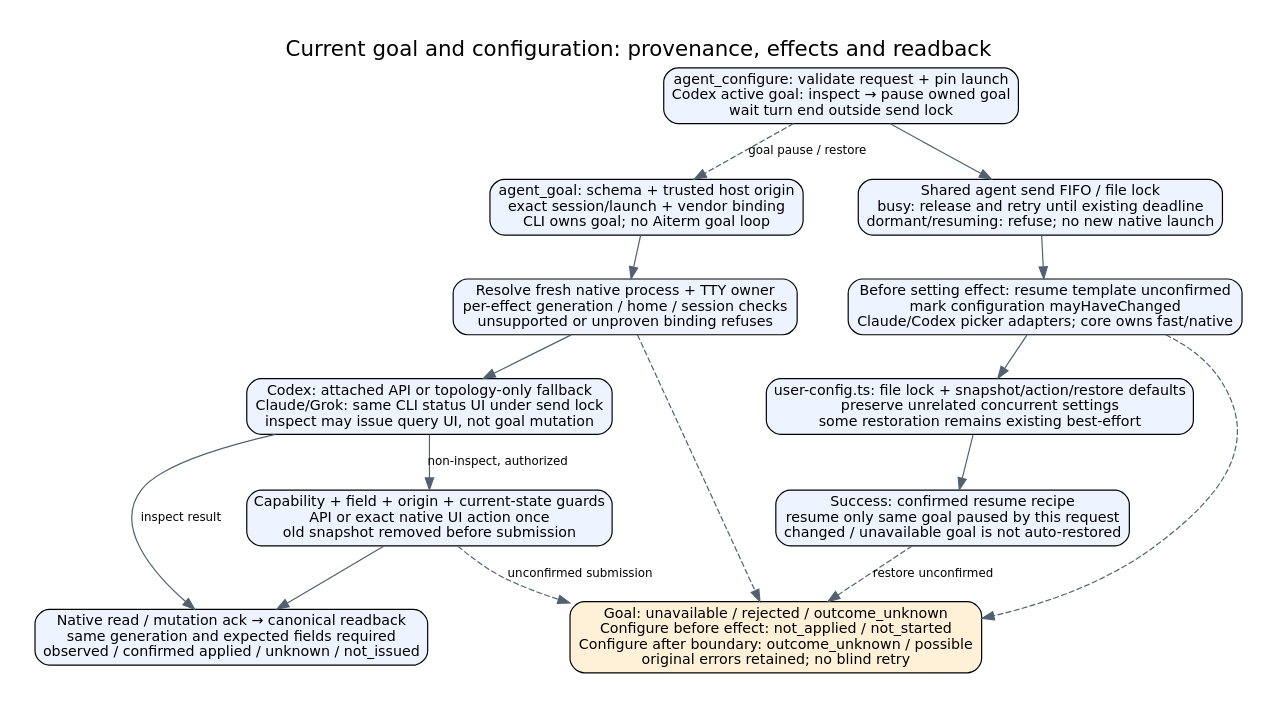
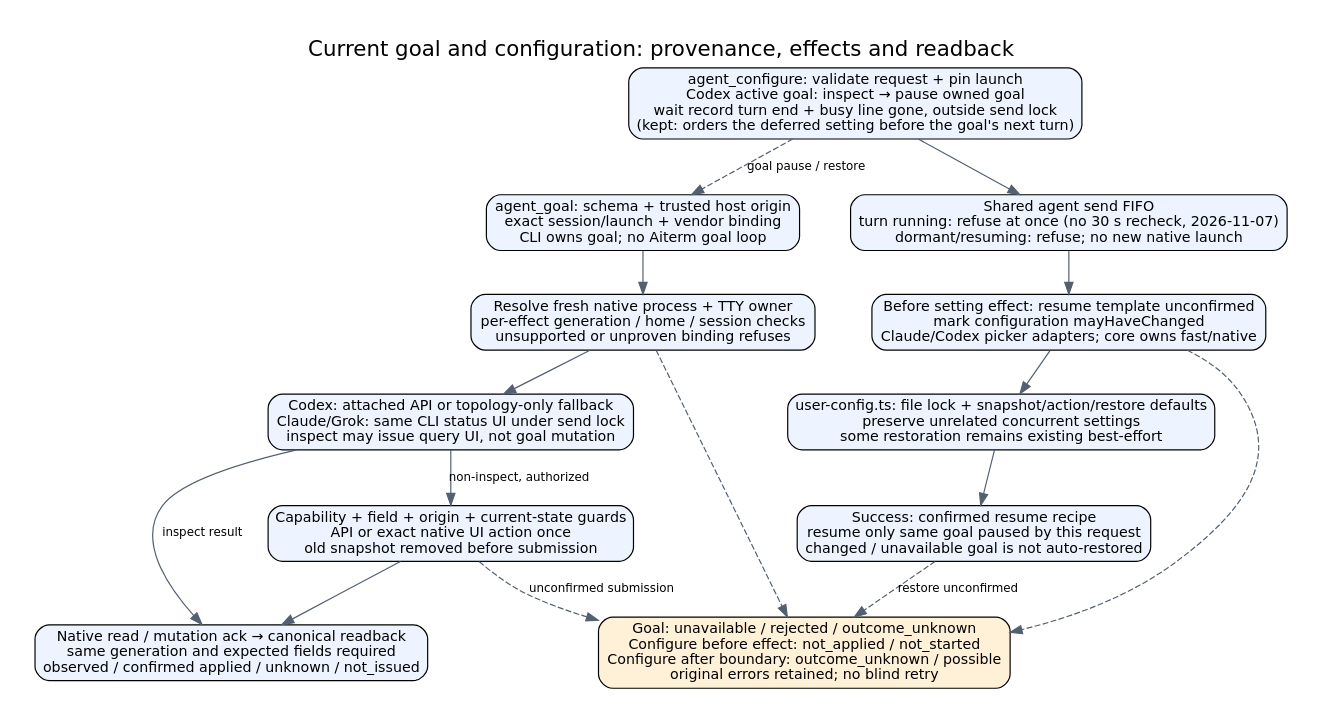
One commit to kitepon/aiterm-mcp changed the diagram in docs/architecture/goal-configuration.dot. Above: the diagram before and after it, drawn with Graphviz. The commit also changed 8 other files, not shown here.

First line of the commit message:
Drop the 30-second configure recheck that held steer behind it

```diff
--- a/docs/architecture/goal-configuration.dot
+++ b/docs/architecture/goal-configuration.dot
@@ -1,19 +1,19 @@
 digraph configuration {
  graph [rankdir=TB,bgcolor="white",pad=0.3,nodesep=0.6,ranksep=0.5,label="Current goal and configuration: provenance, effects and readback",labelloc=t,fontname="DejaVu Sans",fontsize=18];
  node [shape=box,style="rounded,filled",fillcolor="#edf4ff",fontname="DejaVu Sans",fontsize=12];
  edge [fontname="DejaVu Sans",fontsize=10,color="#536070"];
  goal [label="agent_goal: schema + trusted host origin\nexact session/launch + vendor binding\nCLI owns goal; no Aiterm goal loop"];
  target [label="Resolve fresh native process + TTY owner\nper-effect generation / home / session checks\nunsupported or unproven binding refuses"];
  read [label="Codex: attached API or topology-only fallback\nClaude/Grok: same CLI status UI under send lock\ninspect may issue query UI, not goal mutation"];
  mutate [label="Capability + field + origin + current-state guards\nAPI or exact native UI action once\nold snapshot removed before submission"];
  readback [label="Native read / mutation ack → canonical readback\nsame generation and expected fields required\nobserved / confirmed applied / unknown / not_issued"];
- config [label="agent_configure: validate request + pin launch\nCodex active goal: inspect → pause owned goal\nwait turn end outside send lock"];
- lock [label="Shared agent send FIFO / file lock\nbusy: release and retry until existing deadline\ndormant/resuming: refuse; no new native launch"];
+ config [label="agent_configure: validate request + pin launch\nCodex active goal: inspect → pause owned goal\nwait record turn end + busy line gone, outside send lock\n(kept: orders the deferred setting before the goal's next turn)"];
+ lock [label="Shared agent send FIFO\nturn running: refuse at once (no 30 s recheck, 2026-11-07)\ndormant/resuming: refuse; no new native launch"];
  before [label="Before setting effect: resume template unconfirmed\nmark configuration mayHaveChanged\nClaude/Codex picker adapters; core owns fast/native"];
  defaults [label="user-config.ts: file lock + snapshot/action/restore defaults\npreserve unrelated concurrent settings\nsome restoration remains existing best-effort"];
  restore [label="Success: confirmed resume recipe\nresume only same goal paused by this request\nchanged / unavailable goal is not auto-restored"];
  fail [label="Goal: unavailable / rejected / outcome_unknown\nConfigure before effect: not_applied / not_started\nConfigure after boundary: outcome_unknown / possible\noriginal errors retained; no blind retry",fillcolor="#fff0d8"];
  goal -> target;target -> read;read -> mutate [label="non-inspect, authorized"];mutate -> readback;read -> readback [label="inspect result"];
  config -> lock;lock -> before;before -> defaults;defaults -> restore;
  config -> goal [style=dashed,label="goal pause / restore"];before -> fail [style=dashed];restore -> fail [style=dashed,label="restore unconfirmed"];target -> fail [style=dashed];mutate -> fail [style=dashed,label="unconfirmed submission"];
 }
```
